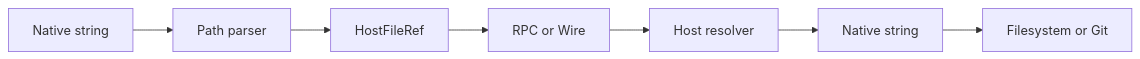
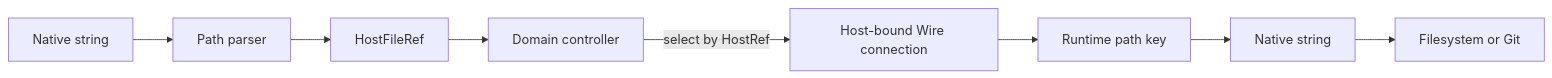
One commit to generalaction/emdash changed the diagram in packages/core/docs/path/boundaries.md. Above: the diagram before and after it, drawn with Mermaid. The commit also changed other lines of this file and 26 other files, not shown here.

Commit message:
feat(core): add host references to path resources

````diff
--- a/packages/core/docs/path/boundaries.md
+++ b/packages/core/docs/path/boundaries.md
@@ -8,9 +8,10 @@
 ```mermaid
 flowchart LR
   NativeInput[Native string] --> Parser[Path parser]
   Parser --> Ref[HostFileRef]
-  Ref --> Rpc[RPC or Wire]
-  Rpc --> Resolver[Host resolver]
-  Resolver --> NativeOutput[Native string]
+  Ref --> Controller[Domain controller]
+  Controller -->|select by HostRef| Wire[Host-bound Wire connection]
+  Wire --> Runtime[Runtime path key]
+  Runtime --> NativeOutput[Native string]
   NativeOutput --> Fs[Filesystem or Git]
 ```
````
